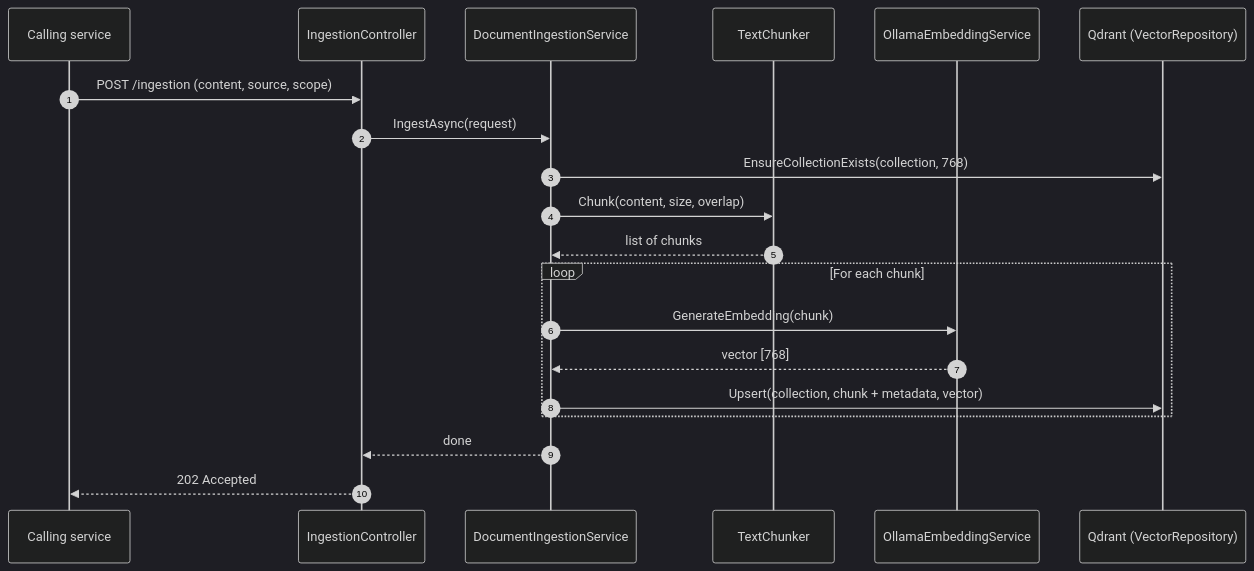
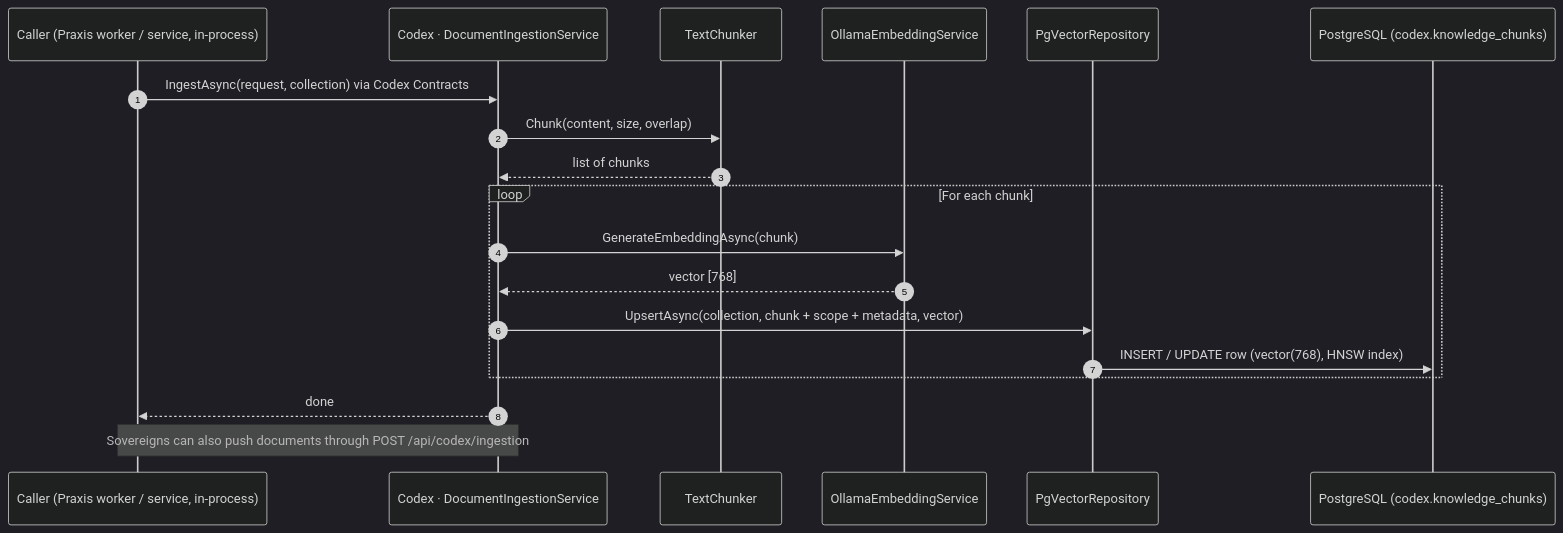
One commit to mihailshterev/sentium changed the diagram in docs/diagrams/rag-1-document-ingestion.md. Above: the diagram before and after it, drawn with Mermaid (dark theme). The commit also changed 99 other files, not shown here.

````diff
--- a/docs/diagrams/rag-1-document-ingestion.md
+++ b/docs/diagrams/rag-1-document-ingestion.md
@@ -1,23 +1,22 @@
 ```mermaid
 sequenceDiagram
     autonumber
-    participant C as Calling service
-    participant IC as IngestionController
-    participant DI as DocumentIngestionService
+    participant C as Caller (Praxis worker / service, in-process)
+    participant DI as Codex · DocumentIngestionService
     participant TC as TextChunker
     participant EM as OllamaEmbeddingService
-    participant Q as Qdrant (VectorRepository)
+    participant VR as PgVectorRepository
+    participant PG as PostgreSQL (codex.knowledge_chunks)
 
-    C->>IC: POST /ingestion (content, source, scope)
-    IC->>DI: IngestAsync(request)
-    DI->>Q: EnsureCollectionExists(collection, 768)
+    C->>DI: IngestAsync(request, collection) via Codex Contracts
     DI->>TC: Chunk(content, size, overlap)
     TC-->>DI: list of chunks
     loop For each chunk
-        DI->>EM: GenerateEmbedding(chunk)
+        DI->>EM: GenerateEmbeddingAsync(chunk)
         EM-->>DI: vector [768]
-        DI->>Q: Upsert(collection, chunk + metadata, vector)
+        DI->>VR: UpsertAsync(collection, chunk + scope + metadata, vector)
+        VR->>PG: INSERT / UPDATE row (vector(768), HNSW index)
     end
-    DI-->>IC: done
-    IC-->>C: 202 Accepted
+    DI-->>C: done
+    Note over C,DI: Sovereigns can also push documents through POST /api/codex/ingestion
 ```
````
